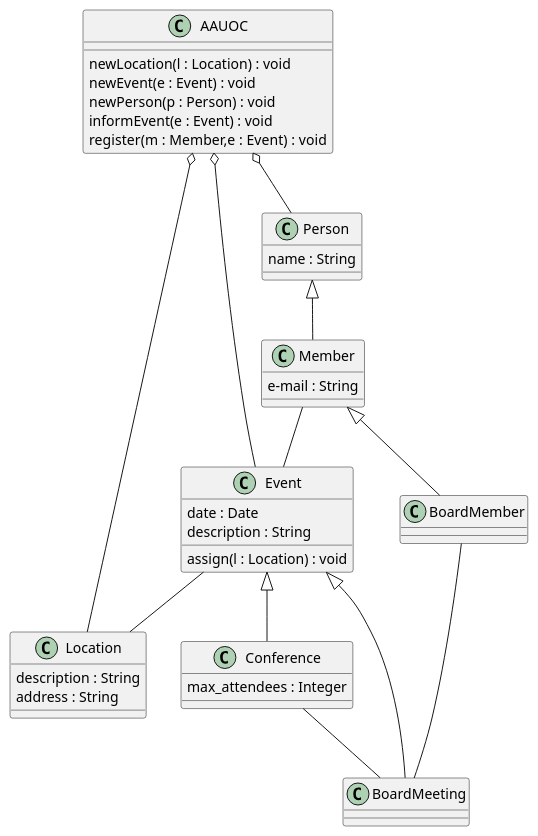
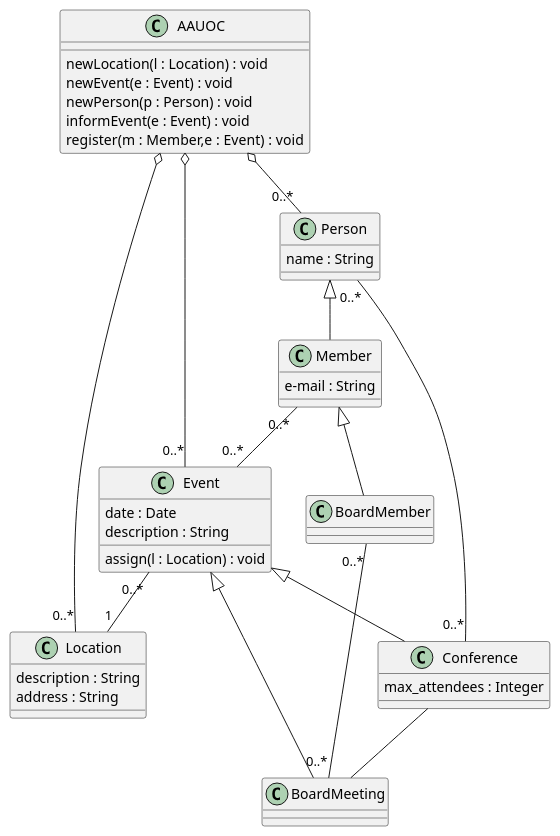
Before and after one commit to Dierez87/UMLClasesDiego: the diagram in Test.puml, drawn with PlantUML.

Commit message:
Carsionalidades puestas

```diff
--- a/Test.puml
+++ b/Test.puml
@@ -1,57 +1,58 @@
 @startuml
-skinparam classAttributeIconSize 0
+
 class AAUOC{
 newLocation(l : Location) : void
 newEvent(e : Event) : void
 newPerson(p : Person) : void
 informEvent(e : Event) : void
 register(m : Member,e : Event) : void
 }
 
 class Location{
 description : String
 address : String
 }
 
-AAUOC o-- Location
+AAUOC o-- "0..*" Location
 
 class Event{
 date : Date
 description : String
 assign(l : Location) : void
 }
 
-AAUOC o-- Event
-Event -- Location
+AAUOC o-- "0..*" Event
+Event "0..*" -- "1" Location
 
 class Conference{
 max_attendees : Integer
 }
 
 Event <|-- Conference
 Conference -- BoardMeeting
 
 class BoardMeeting
 
 Event <|-- BoardMeeting
 
 
 class Person{
 name : String
 }
 
-AAUOC o-- Person
+AAUOC o-- "0..*" Person
+Person "0..*" -- "0..*" Conference
 
 class Member{
 e-mail : String
 }
 
 Person <|-- Member
-Member -- Event
+Member "0..*" -- "0..*" Event
 
 class BoardMember
 
 Member <|-- BoardMember
-BoardMember -- BoardMeeting
+BoardMember "0..*" -- "0..*" BoardMeeting
 
 @enduml
```
